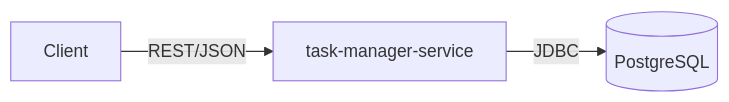
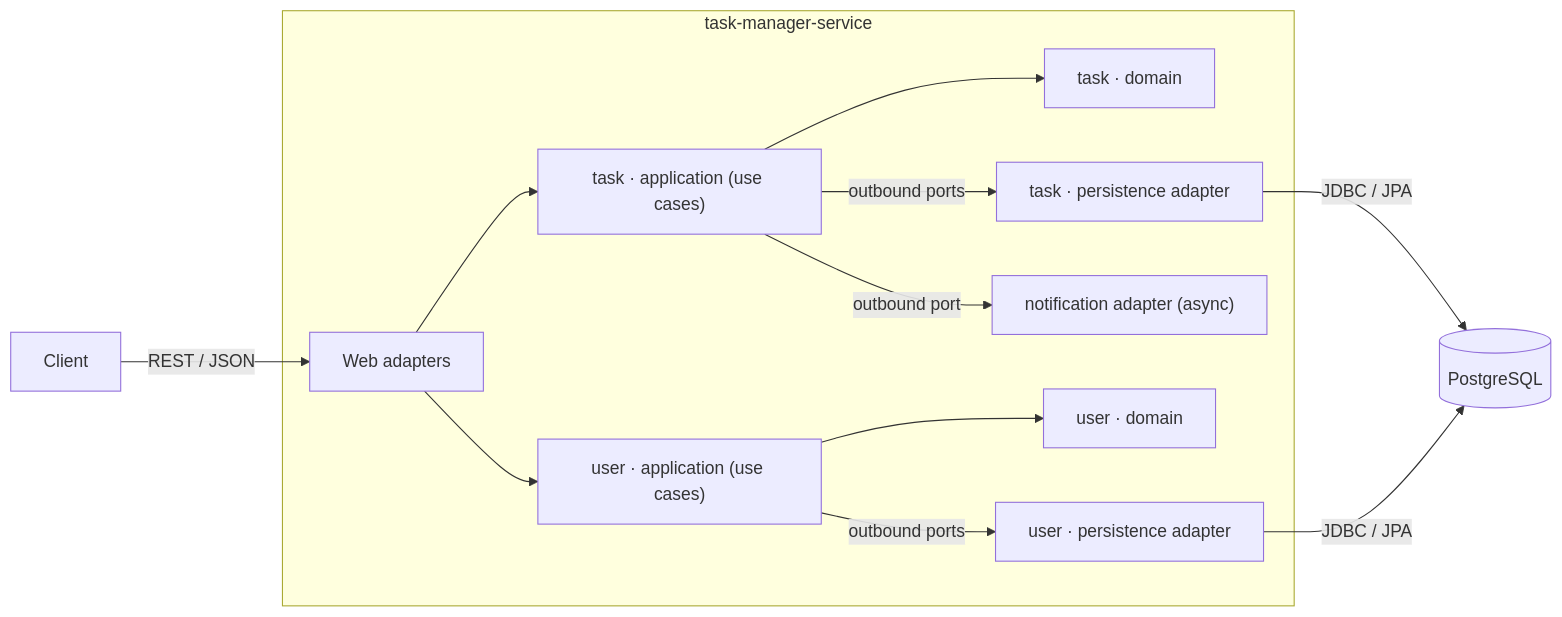
Before and after one commit to Wassmd/task-manager: the first of 2 diagrams in README.md, drawn with Mermaid. The commit also changed other lines of this file, not shown here.

````diff
--- a/README.md
+++ b/README.md
@@ -23,5 +66,17 @@
 ```mermaid
 flowchart LR
-    Client -->|REST/JSON| Service[task-manager-service]
-    Service -->|JDBC| DB[(PostgreSQL)]
+    Client -->|REST / JSON| Web[Web adapters]
+
+    subgraph Service[task-manager-service]
+        Web --> AppT["task · application (use cases)"]
+        Web --> AppU["user · application (use cases)"]
+        AppT --> DomT["task · domain"]
+        AppU --> DomU["user · domain"]
+        AppT -->|outbound ports| PersT["task · persistence adapter"]
+        AppU -->|outbound ports| PersU["user · persistence adapter"]
+        AppT -->|outbound port| Notify["notification adapter (async)"]
+    end
+
+    PersT -->|JDBC / JPA| DB[(PostgreSQL)]
+    PersU -->|JDBC / JPA| DB
 ```
````
